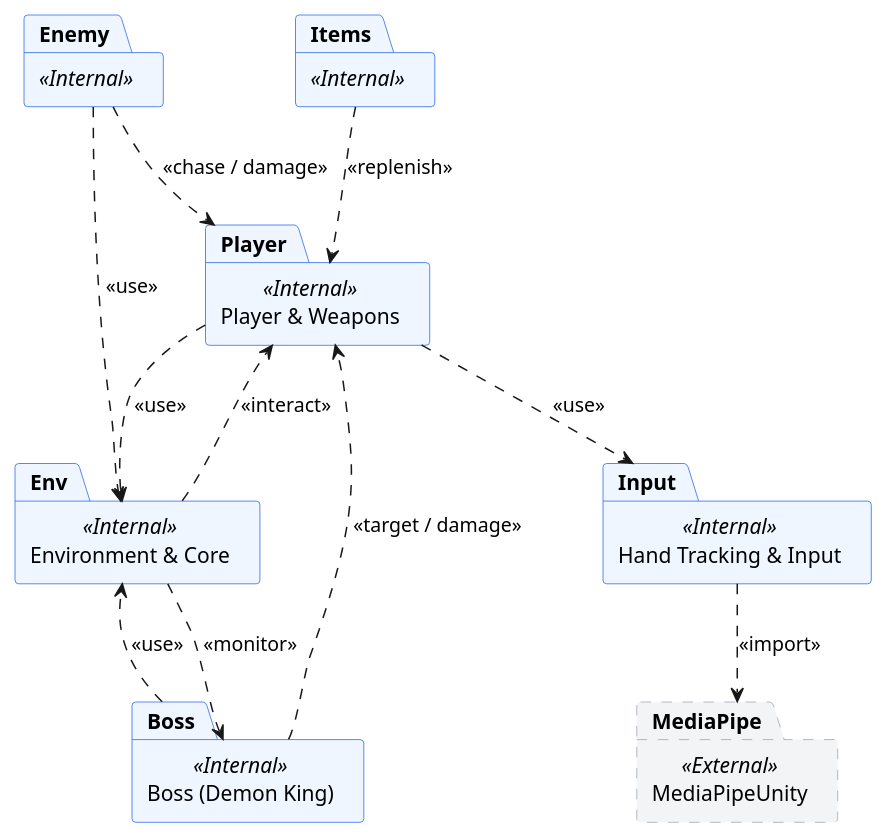
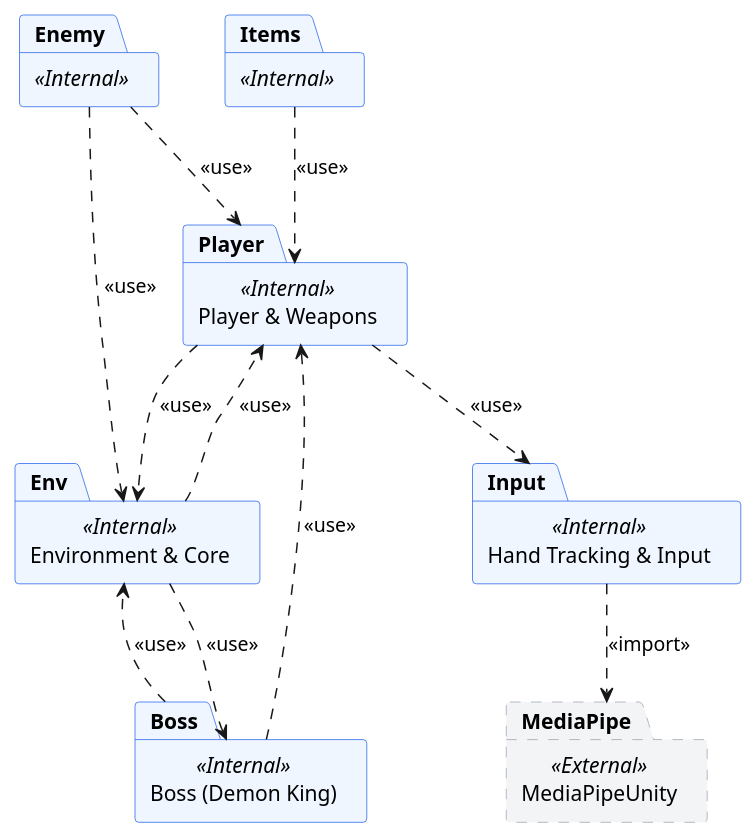
One commit to PhamTheAn123/Demon-King-VS-Rambo-Frog-Hand_tracking- changed the second of 4 diagrams in docs/package_diagram_guide.md. Above: the diagram before and after it, drawn with PlantUML. The commit also changed other lines of this file, not shown here.

Commit message:
docs: update package diagram guide with UML fixes and optimized target architecture

````diff
--- a/docs/package_diagram_guide.md
+++ b/docs/package_diagram_guide.md
@@ -133,43 +120,40 @@
 ```plantuml
 @startuml
 skinparam packageStyle rect
 skinparam shadowing false
 skinparam DefaultFontName "Arial"
 
 skinparam package {
     BackgroundColor<<External>> #F3F4F6
     BorderColor<<External>> #9CA3AF
     BorderStyle<<External>> dashed
     
     BackgroundColor<<Internal>> #EFF6FF
     BorderColor<<Internal>> #2563EB
     BorderWidth<<Internal>> 2
 }
 
-' Định nghĩa các Gói
 package "MediaPipeUnity" as MediaPipe <<External>>
 package "Hand Tracking & Input" as Input <<Internal>>
 package "Player & Weapons" as Player <<Internal>>
 package "Boss (Demon King)" as Boss <<Internal>>
 package "Enemy" as Enemy <<Internal>>
 package "Items" as Items <<Internal>>
 package "Environment & Core" as Env <<Internal>>
 
-' Các mối quan hệ phụ thuộc
 Input ..> MediaPipe : <<import>>
 Player ..> Input : <<use>>
 
 Player ..> Env : <<use>>
-Env ..> Player : <<interact>>
+Env ..> Player : <<use>>
 
-Boss ..> Player : <<target / damage>>
+Boss ..> Player : <<use>>
 Boss ..> Env : <<use>>
-Env ..> Boss : <<monitor>>
+Env ..> Boss : <<use>>
 
-Enemy ..> Player : <<chase / damage>>
+Enemy ..> Player : <<use>>
 Enemy ..> Env : <<use>>
 
-Items ..> Player : <<replenish>>
-
+Items ..> Player : <<use>>
 @endum
 ```
````
